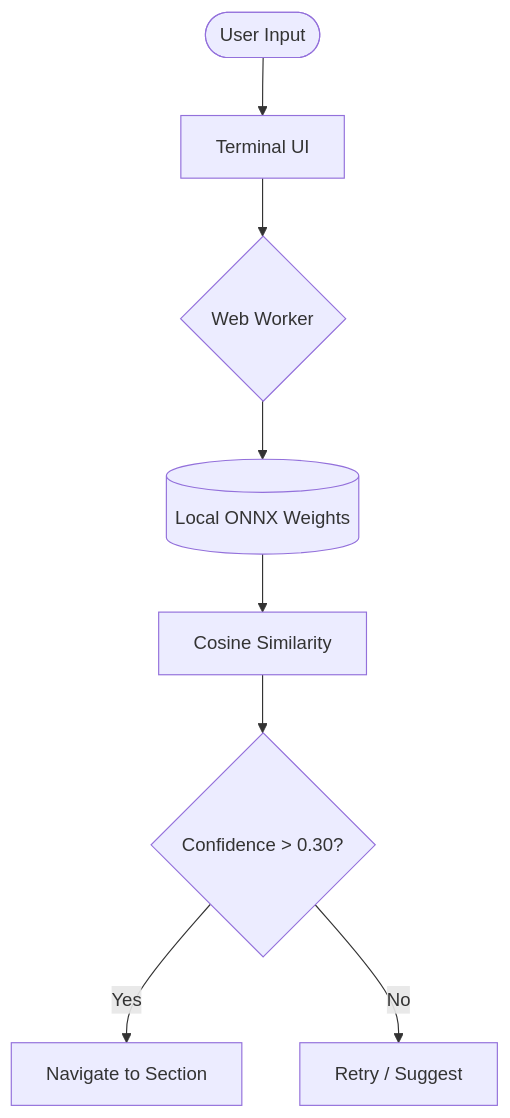
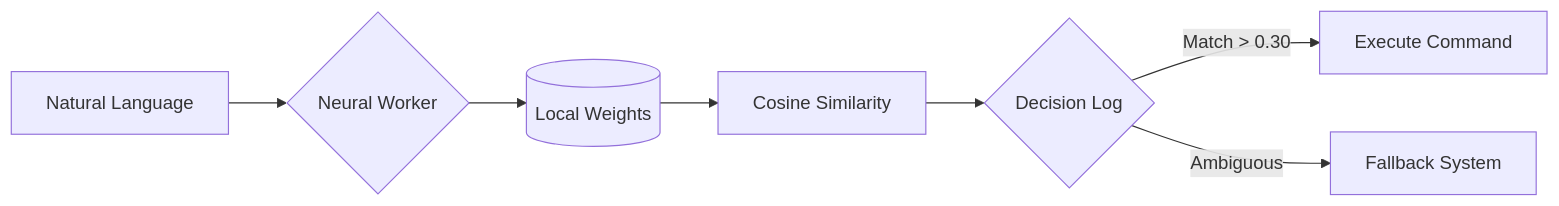
Before and after one commit to ATR-oCiTy/atrocity.dev: the diagram in README.md, drawn with Mermaid. The commit also changed other lines of this file, not shown here.

Commit message:
docs: upgrade README to reflect full technical architecture and infrastructure

````diff
--- a/README.md
+++ b/README.md
@@ -23,10 +40,9 @@
 ```mermaid
-graph TD
-    User([User Input]) --> UI[Terminal UI]
-    UI --> Worker{Web Worker}
-    Worker --> LocalWeights[(Local ONNX Weights)]
-    LocalWeights --> Sim[Cosine Similarity]
-    Sim --> Decision{Confidence > 0.30?}
-    Decision -- Yes --> Nav[Navigate to Section]
-    Decision -- No --> Error[Retry / Suggest]
+graph LR
+    A[Natural Language] --> B{Neural Worker}
+    B --> C[(Local Weights)]
+    C --> D[Cosine Similarity]
+    D --> E{Decision Log}
+    E -- Match > 0.30 --> F[Execute Command]
+    E -- Ambiguous --> G[Fallback System]
 ```
````
